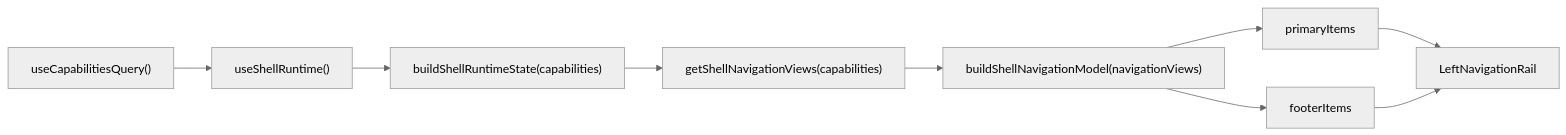
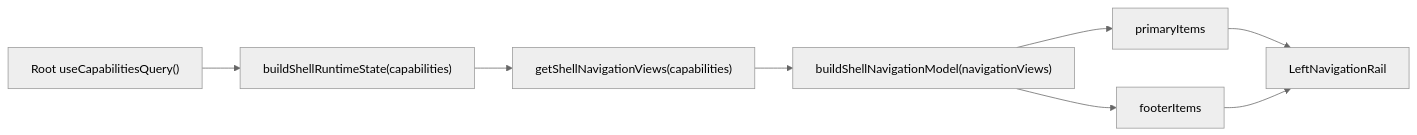
The fifth of 34 diagrams in docs/architecture/components/web/appshell/app-shell.md (dunay2/dvt), drawn with Mermaid (neutral theme) before and after one commit. The commit also changed other lines of this file and 424 other files, not shown here.

````diff
--- a/docs/architecture/components/web/appshell/app-shell.md
+++ b/docs/architecture/components/web/appshell/app-shell.md
@@ -106,11 +248,10 @@
 ```mermaid
 flowchart LR
-  Query["useCapabilitiesQuery()"] --> Runtime["useShellRuntime()"]
-  Runtime --> State["buildShellRuntimeState(capabilities)"]
+  Query["Root useCapabilitiesQuery()"] --> State["buildShellRuntimeState(capabilities)"]
   State --> Views["getShellNavigationViews(capabilities)"]
   Views --> Model["buildShellNavigationModel(navigationViews)"]
   Model --> Primary["primaryItems"]
   Model --> Footer["footerItems"]
   Primary --> Rail["LeftNavigationRail"]
   Footer --> Rail
 ```
````
